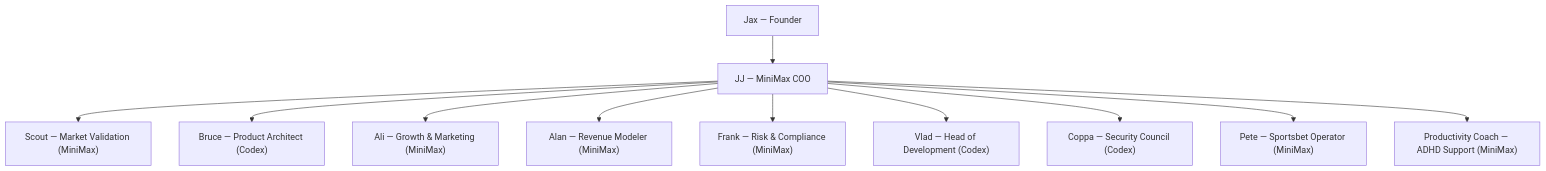
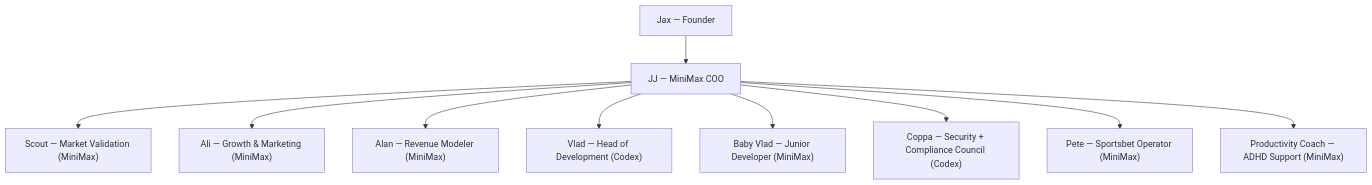
Before and after one commit to cryptolyrics/Elevate-Flow: the diagram in ELEVATE-MISSION-CONTROL.md, drawn with Mermaid. The commit also changed other lines of this file and 12 other files, not shown here.

````diff
--- a/ELEVATE-MISSION-CONTROL.md
+++ b/ELEVATE-MISSION-CONTROL.md
@@ -13,13 +16,12 @@
 ```mermaid
 graph TD
   Jax["Jax — Founder"] --> JJ["JJ — MiniMax COO"]
   JJ --> Scout["Scout — Market Validation (MiniMax)"]
-  JJ --> Bruce["Bruce — Product Architect (Codex)"]
   JJ --> Ali["Ali — Growth & Marketing (MiniMax)"]
   JJ --> Alan["Alan — Revenue Modeler (MiniMax)"]
-  JJ --> Frank["Frank — Risk & Compliance (MiniMax)"]
   JJ --> Vlad["Vlad — Head of Development (Codex)"]
-  JJ --> Coppa["Coppa — Security Council (Codex)"]
+  JJ --> BabyVlad["Baby Vlad — Junior Developer (MiniMax)"]
+  JJ --> Coppa["Coppa — Security + Compliance Council (Codex)"]
   JJ --> Pete["Pete — Sportsbet Operator (MiniMax)"]
   JJ --> Coach["Productivity Coach — ADHD Support (MiniMax)"]
 ```
````
